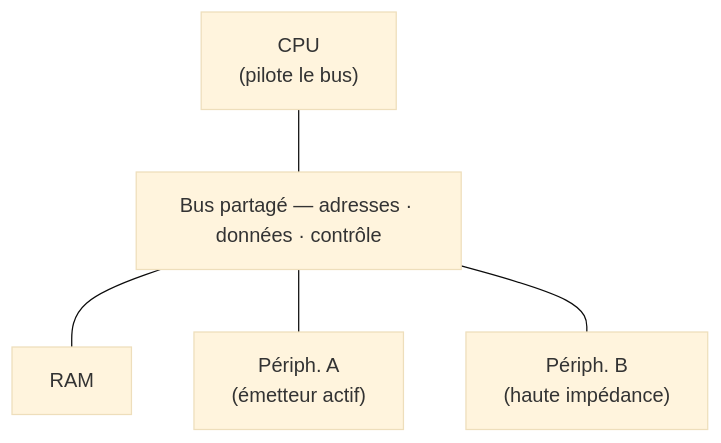
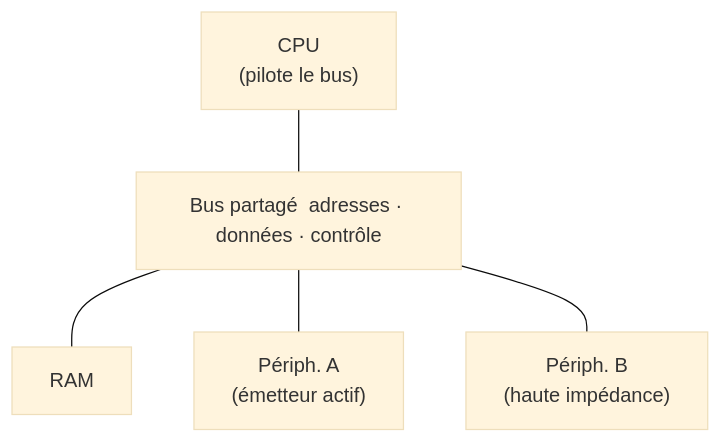
Before and after one commit to Makerspace-Amiens/makerspace-doc: the diagram in _workshops/microcontroleur/concepts/architecture-microcontroleur.md, drawn with Mermaid (base theme). The commit also changed other lines of this file, not shown here.

First line of the commit message:
feat(workshop/microcontroleur): explain program flow before interrupts

````diff
--- a/_workshops/microcontroleur/concepts/architecture-microcontroleur.md
+++ b/_workshops/microcontroleur/concepts/architecture-microcontroleur.md
@@ -138,12 +138,12 @@
 ```mermaid
 flowchart TB
   CPU["CPU\n(pilote le bus)"]
-  BUS["Bus partagé — adresses · données · contrôle"]
+  BUS["Bus partagé  adresses · données · contrôle"]
   RAM["RAM"]
   PA["Périph. A\n(émetteur actif)"]
   PB["Périph. B\n(haute impédance)"]
   CPU --- BUS
   BUS --- RAM
   BUS --- PA
   BUS --- PB
 ```
````
